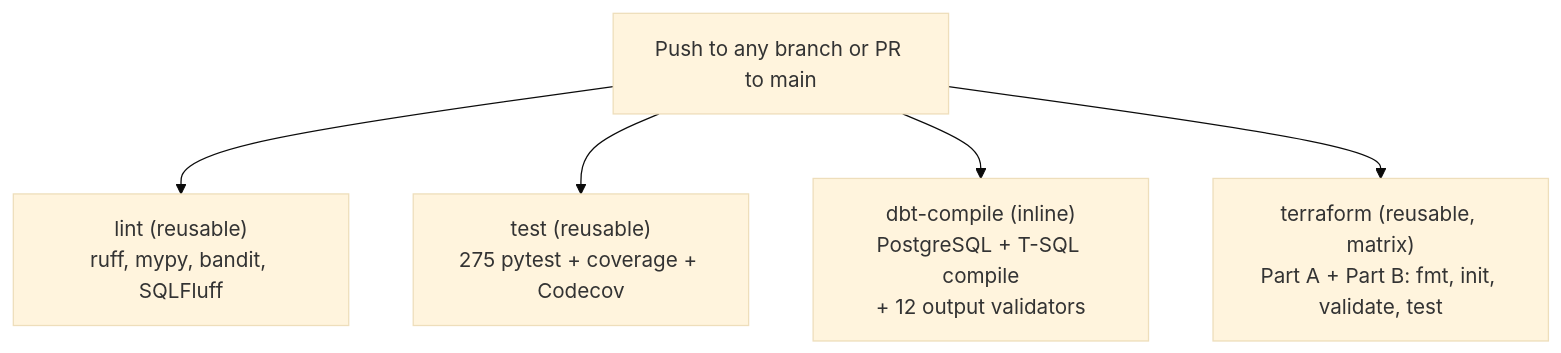
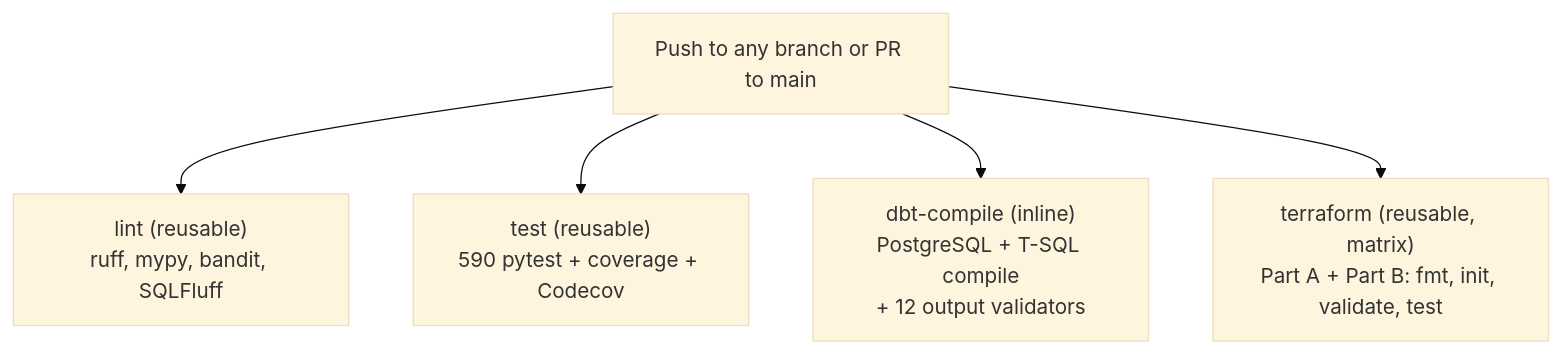
One commit to AhmedIkram05/w3c-etl-pipeline changed the seventh of 10 diagrams in README.md. Above: the diagram before and after it, drawn with Mermaid (base theme). The commit also changed other lines of this file and 1 other file, not shown here.

````diff
--- a/README.md
+++ b/README.md
@@ -883,7 +904,7 @@
 ```mermaid
 flowchart TD
     ci["Push to any branch or PR to main"] --> lint["lint (reusable)<br/>ruff, mypy, bandit, SQLFluff"]
-    ci --> test["test (reusable)<br/>275 pytest + coverage + Codecov"]
+    ci --> test["test (reusable)<br/>590 pytest + coverage + Codecov"]
     ci --> dbtc["dbt-compile (inline)<br/>PostgreSQL + T-SQL compile<br/>+ 12 output validators"]
     ci --> tf["terraform (reusable, matrix)<br/>Part A + Part B: fmt, init, validate, test"]
 ```
````
